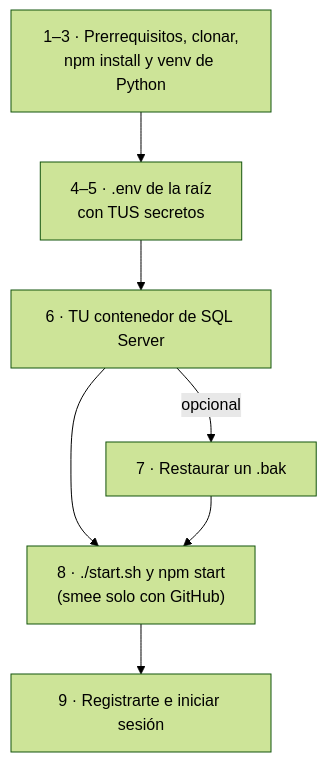
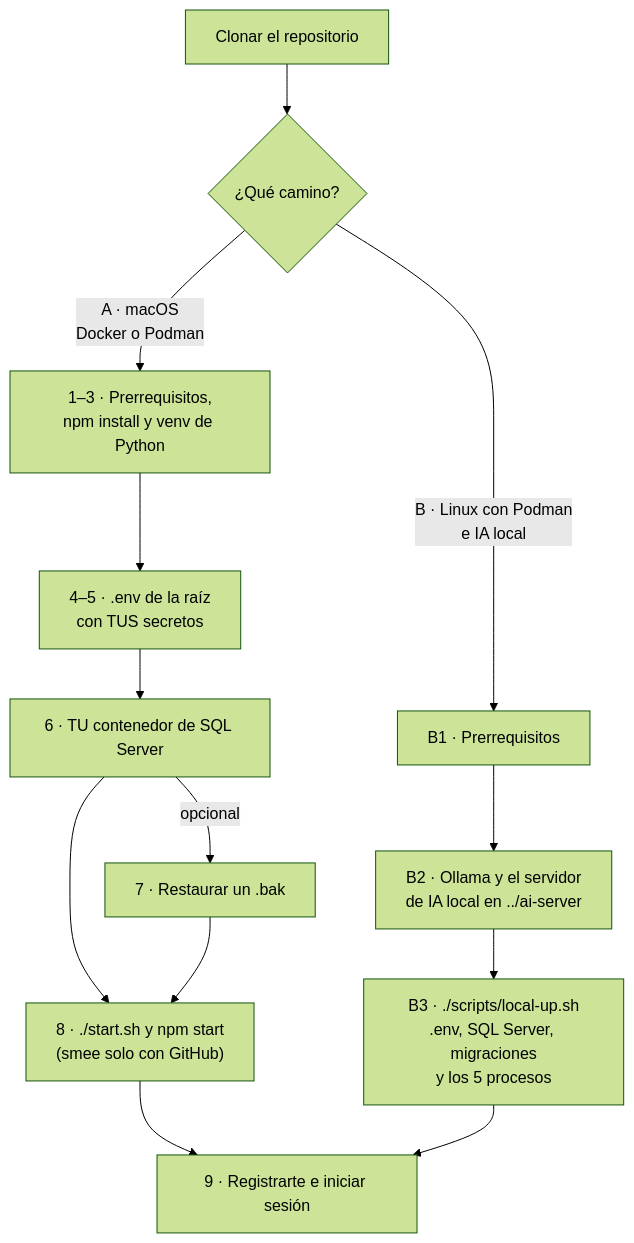
The diagram in documentacion/07-guias/primer-arranque.md (PabloP150/proyecto-is-cc6), drawn with Mermaid (forest theme) before and after one commit. The commit also changed other lines of this file and 204 other files, not shown here.

First line of the commit message:
docs: update all documentation, diagrams and PNGs to the test/e2e state

````diff
--- a/documentacion/07-guias/primer-arranque.md
+++ b/documentacion/07-guias/primer-arranque.md
@@ -5,9 +5,15 @@
 ```mermaid
 flowchart TD
-    P["1–3 · Prerrequisitos, clonar,<br/>npm install y venv de Python"] --> E["4–5 · .env de la raíz<br/>con TUS secretos"]
-    E --> D["6 · TU contenedor de SQL Server"]
-    D -->|"opcional"| R["7 · Restaurar un .bak"]
-    D --> A["8 · ./start.sh y npm start<br/>(smee solo con GitHub)"]
-    R --> A
-    A --> L["9 · Registrarte e iniciar sesión"]
+    C["Clonar el repositorio"] --> Q{"¿Qué camino?"}
+    Q -->|"A · macOS<br/>Docker o Podman"| A1["1–3 · Prerrequisitos,<br/>npm install y venv de Python"]
+    A1 --> A2["4–5 · .env de la raíz<br/>con TUS secretos"]
+    A2 --> A3["6 · TU contenedor de SQL Server"]
+    A3 -->|"opcional"| A4["7 · Restaurar un .bak"]
+    A3 --> A5["8 · ./start.sh y npm start<br/>(smee solo con GitHub)"]
+    A4 --> A5
+    Q -->|"B · Linux con Podman<br/>e IA local"| B1["B1 · Prerrequisitos"]
+    B1 --> B2["B2 · Ollama y el servidor<br/>de IA local en ../ai-server"]
+    B2 --> B3["B3 · ./scripts/local-up.sh<br/>.env, SQL Server, migraciones<br/>y los 5 procesos"]
+    A5 --> L["9 · Registrarte e iniciar sesión"]
+    B3 --> L
 ```
````
